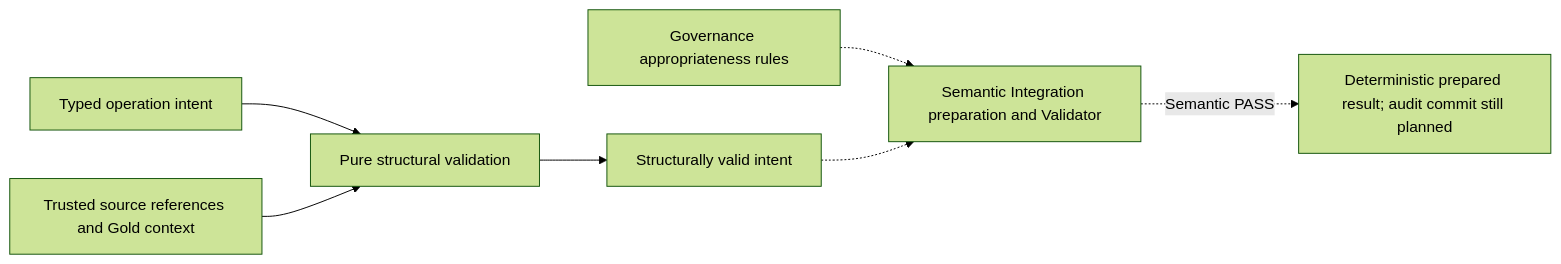
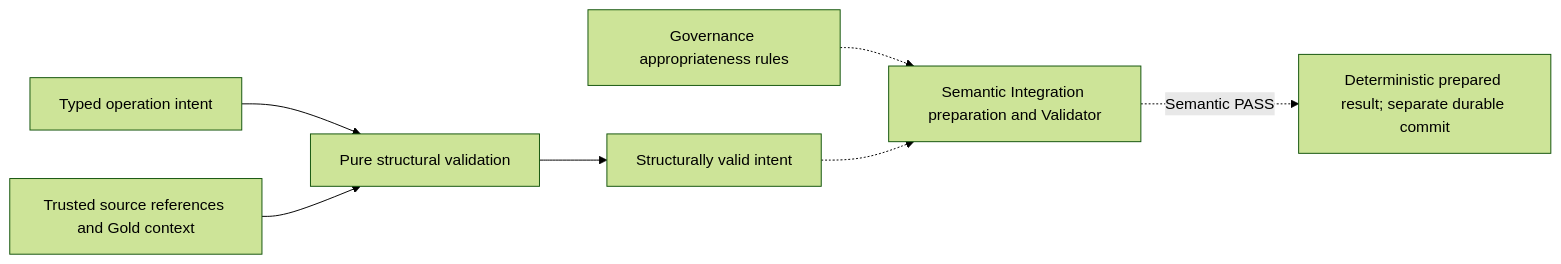
The fourth of 9 diagrams in docs/architecture.md (alexander-rewitzer/league-knowledge-platform), drawn with Mermaid (forest theme) before and after one commit. The commit also changed other lines of this file and 11 other files, not shown here.

Commit message:
Add durable Gold integration commit, history and replay

````diff
--- a/docs/architecture.md
+++ b/docs/architecture.md
@@ -135,9 +135,9 @@
 ```mermaid
 flowchart LR
     O["Typed operation intent"] --> V["Pure structural validation"]
     S["Trusted source references and Gold context"] --> V
     V --> I["Structurally valid intent"]
     R["Governance appropriateness rules"] -.-> P["Semantic Integration preparation and Validator"]
     I -.-> P
-    P -. "Semantic PASS" .-> W["Deterministic prepared result; audit commit still planned"]
+    P -. "Semantic PASS" .-> W["Deterministic prepared result; separate durable commit"]
 ```
````
